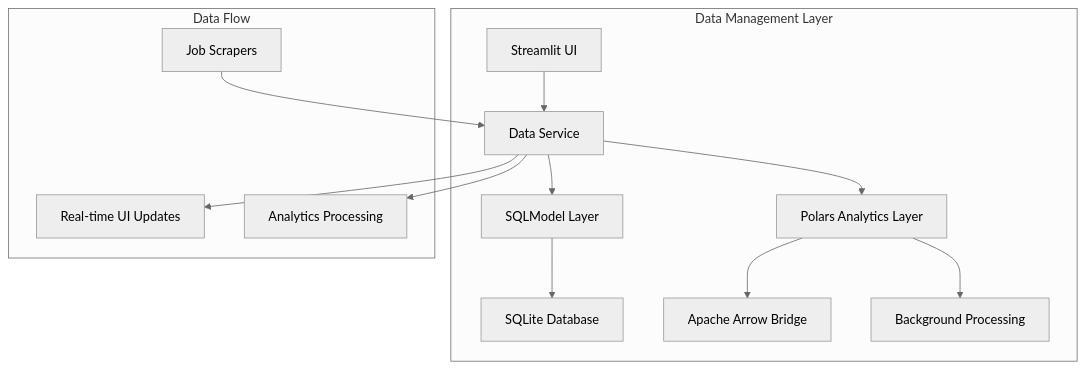
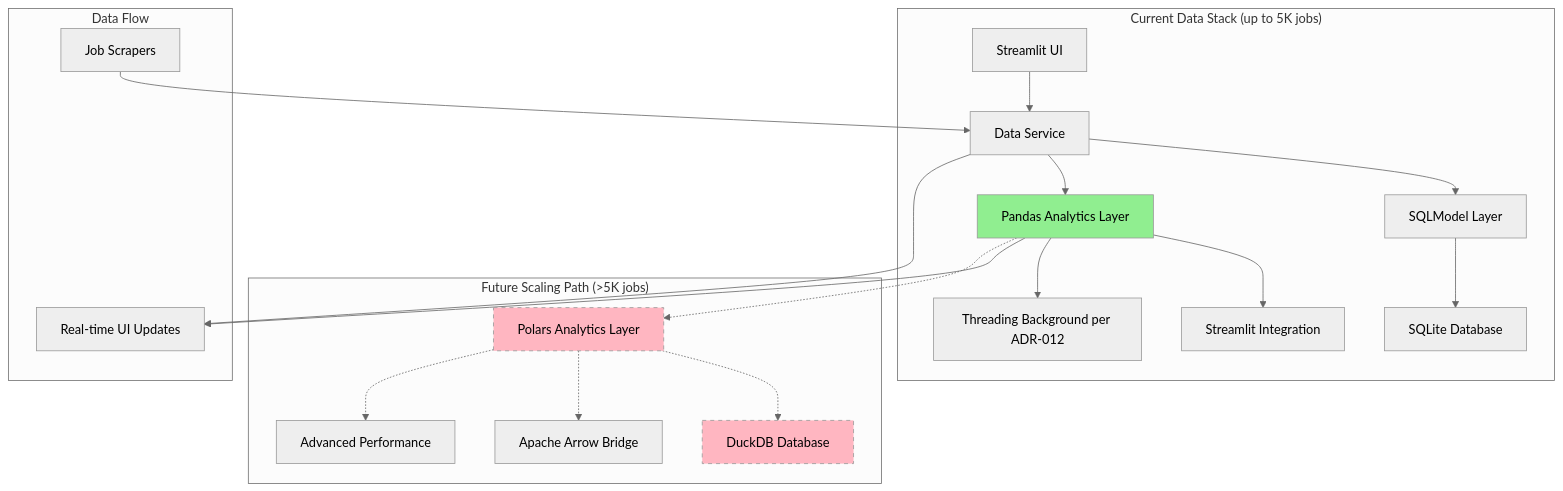
One commit to BjornMelin/ai-job-scraper changed the diagram in docs/adrs/ADR-019-simple-data-management.md. Above: the diagram before and after it, drawn with Mermaid (neutral theme). The commit also changed other lines of this file and 10 other files, not shown here.

First line of the commit message:
docs: complete comprehensive adr integration and finalize architecture

````diff
--- a/docs/adrs/ADR-019-simple-data-management.md
+++ b/docs/adrs/ADR-019-simple-data-management.md
@@ -59,17 +65,28 @@
 ```mermaid
 graph TB
-    subgraph "Data Management Layer"
+    subgraph "Current Data Stack (up to 5K jobs)"
         A[Streamlit UI] --> B[Data Service]
         B --> C[SQLModel Layer]
-        B --> D[Polars Analytics Layer]
+        B --> D[Pandas Analytics Layer]
         C --> E[SQLite Database]
-        D --> F[Apache Arrow Bridge]
-        D --> G[Background Processing]
+        D --> F[Streamlit Integration]
+        D --> G[Threading Background per ADR-012]
+    end
+    
+    subgraph "Future Scaling Path (>5K jobs)"
+        H[Polars Analytics Layer] -.-> I[DuckDB Database]
+        H -.-> J[Apache Arrow Bridge]
+        H -.-> K[Advanced Performance]
     end
     
     subgraph "Data Flow"
-        H[Job Scrapers] --> B
-        B --> I[Real-time UI Updates]
-        B --> J[Analytics Processing]
+        L[Job Scrapers] --> B
+        B --> M[Real-time UI Updates]
+        D --> M
+        D -.-> H
     end
+    
+    style D fill:#90EE90
+    style H fill:#FFB6C1,stroke-dasharray: 5 5
+    style I fill:#FFB6C1,stroke-dasharray: 5 5
 ```
````
